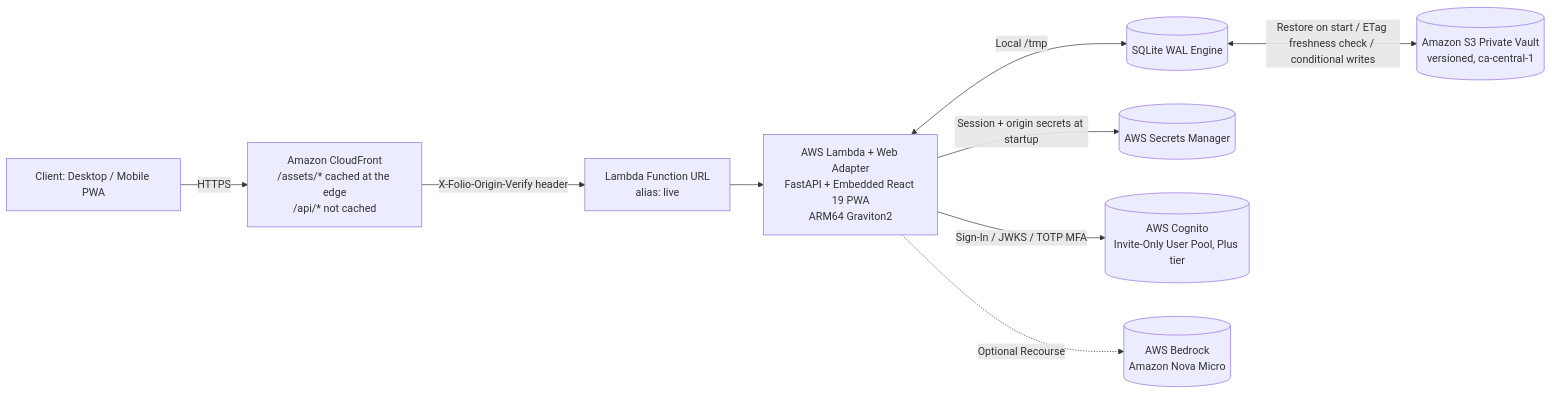
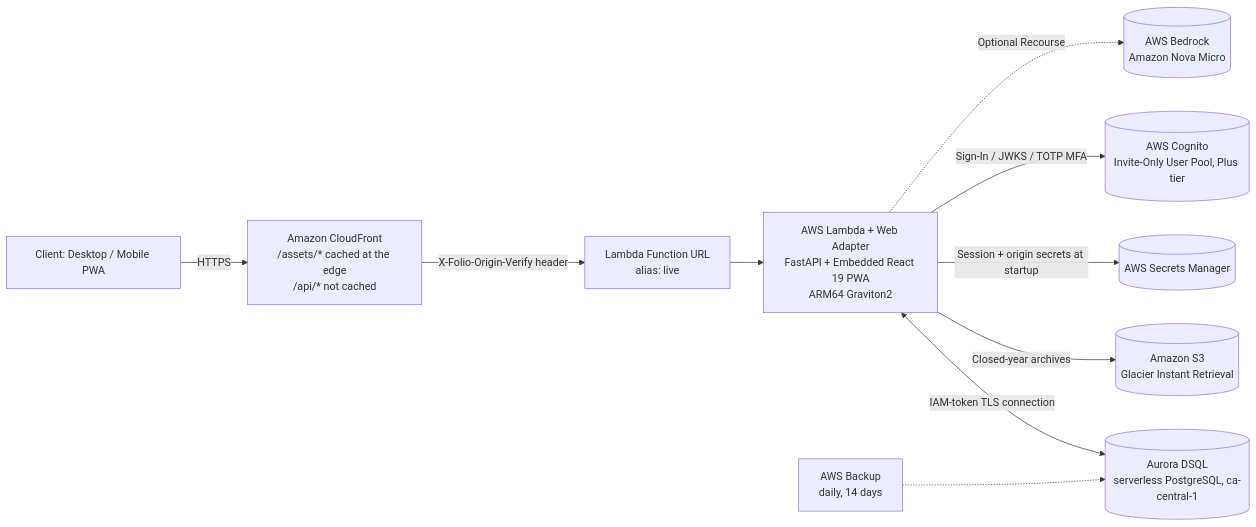
Before and after one commit to michaelsanford/Folio: the second of 2 diagrams in README.md, drawn with Mermaid. The commit also changed other lines of this file and 3 other files, not shown here.

First line of the commit message:
feat(infra): Aurora DSQL database with daily backups and a cost alarm

````diff
--- a/README.md
+++ b/README.md
@@ -257,11 +257,12 @@
 ```mermaid
 flowchart LR
     User[Client: Desktop / Mobile PWA] -->|HTTPS| CF[Amazon CloudFront<br/>/assets/* cached at the edge<br/>/api/* not cached]
     CF -->|X-Folio-Origin-Verify header| FURL[Lambda Function URL<br/>alias: live]
     FURL --> LWA[AWS Lambda + Web Adapter<br/>FastAPI + Embedded React 19 PWA<br/>ARM64 Graviton2]
-    LWA <-->|Local /tmp| DB[(SQLite WAL Engine)]
-    DB <-->|Restore on start / ETag freshness check / conditional writes| S3[(Amazon S3 Private Vault<br/>versioned, ca-central-1)]
+    LWA <-->|IAM-token TLS connection| DB[(Aurora DSQL<br/>serverless PostgreSQL, ca-central-1)]
+    LWA -->|Closed-year archives| S3[(Amazon S3<br/>Glacier Instant Retrieval)]
+    BK[AWS Backup<br/>daily, 14 days] -.-> DB
     LWA -->|Session + origin secrets at startup| SM[(AWS Secrets Manager)]
     LWA -->|Sign-In / JWKS / TOTP MFA| COG[(AWS Cognito<br/>Invite-Only User Pool, Plus tier)]
     LWA -.->|Optional Recourse| BR[(AWS Bedrock<br/>Amazon Nova Micro)]
 ```
````
